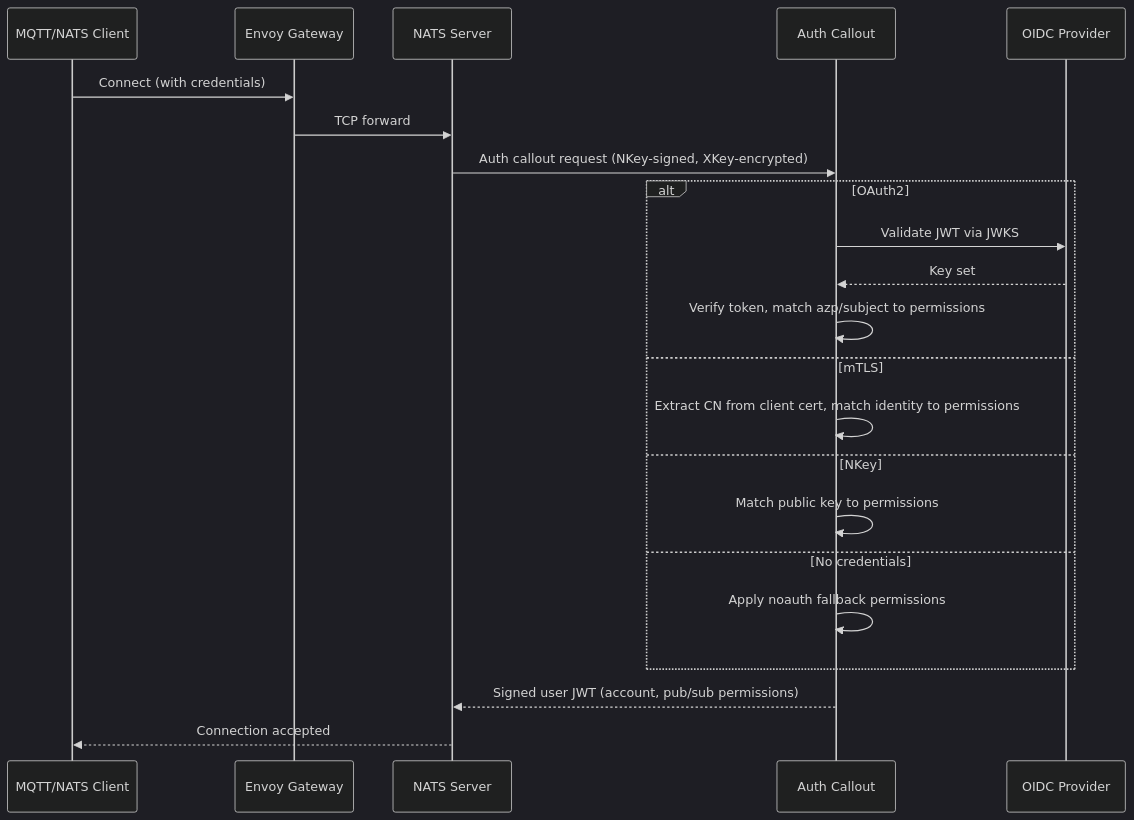
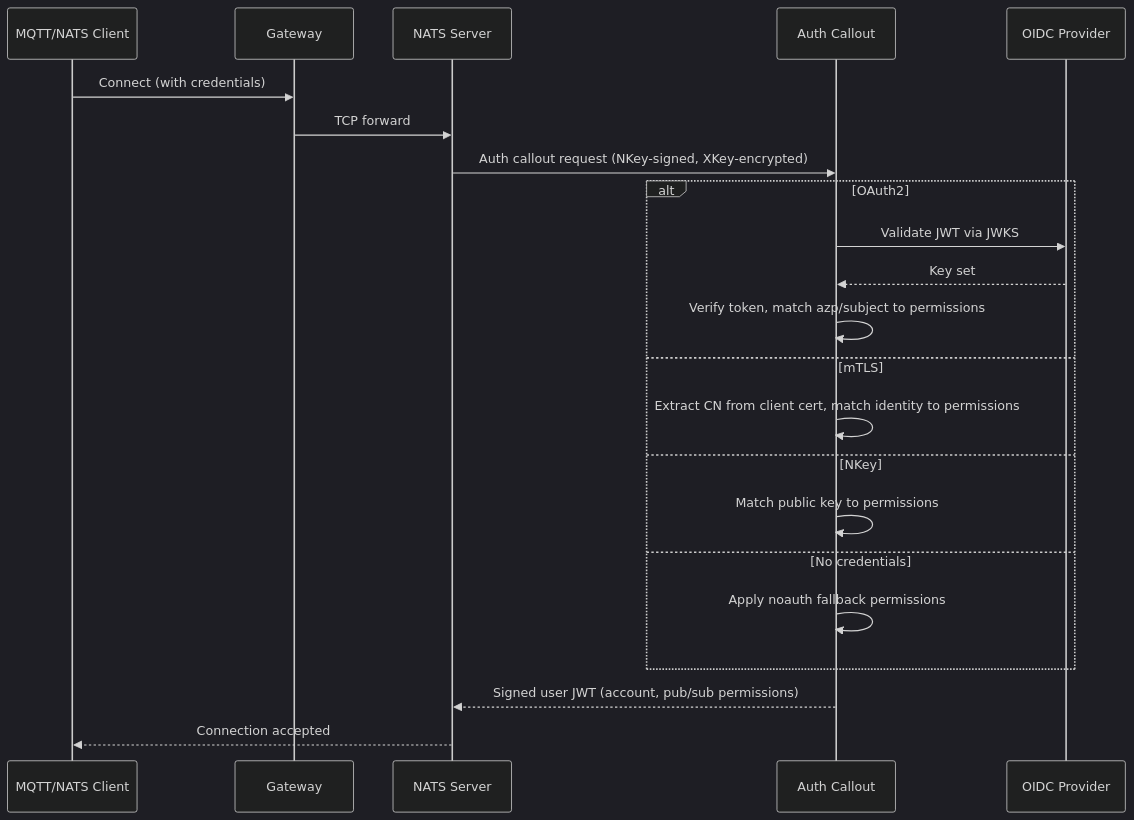
The diagram in docs/authentication.md (NVIDIA/dsx-exchange), drawn with Mermaid (dark theme) before and after one commit. The commit also changed other lines of this file and 15 other files, not shown here.

Commit message:
feat(docs): add Fern CI workflows, review fixes, and schema generator

````diff
--- a/docs/authentication.md
+++ b/docs/authentication.md
@@ -9,25 +9,25 @@
 ```mermaid
 sequenceDiagram
     participant C as MQTT/NATS Client
-    participant GW as Envoy Gateway
+    participant GW as Gateway
     participant N as NATS Server
     participant A as Auth Callout
     participant K as OIDC Provider
 
     C->>GW: Connect (with credentials)
     GW->>N: TCP forward
     N->>A: Auth callout request (NKey-signed, XKey-encrypted)
     alt OAuth2
         A->>K: Validate JWT via JWKS
         K-->>A: Key set
         A->>A: Verify token, match azp/subject to permissions
     else mTLS
         A->>A: Extract CN from client cert, match identity to permissions
     else NKey
         A->>A: Match public key to permissions
     else No credentials
         A->>A: Apply noauth fallback permissions
     end
     A-->>N: Signed user JWT (account, pub/sub permissions)
     N-->>C: Connection accepted
 ```
````
